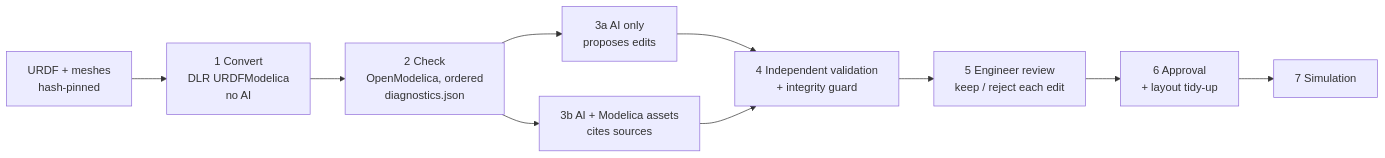
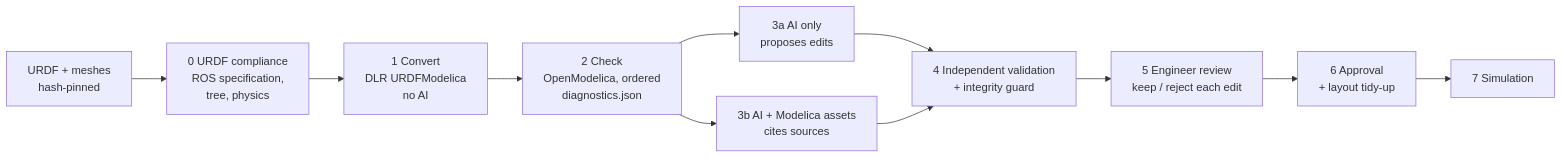
Before and after one commit to opedoussaut/urdf-to-modelica: the diagram in presentations/repair-pipeline/slides.md, drawn with Mermaid. The commit also changed other lines of this file and 9 other files, not shown here.

First line of the commit message:
Stage 0: URDF compliance with the ROS wiki specification, tree rule and physical plausibility; conversion refused on errors; SolidWorks exporter recommended

````diff
--- a/presentations/repair-pipeline/slides.md
+++ b/presentations/repair-pipeline/slides.md
@@ -168,12 +168,13 @@
 ```mermaid {scale: 0.72}
 flowchart LR
-  A[URDF + meshes<br/>hash-pinned] --> B[1 Convert<br/>DLR URDFModelica<br/>no AI]
+  A[URDF + meshes<br/>hash-pinned] --> Z[0 URDF compliance<br/>ROS specification,<br/>tree, physics]
+  Z --> B[1 Convert<br/>DLR URDFModelica<br/>no AI]
   B --> C[2 Check<br/>OpenModelica, ordered<br/>diagnostics.json]
   C --> D1[3a AI only<br/>proposes edits]
   C --> D2[3b AI + Modelica assets<br/>cites sources]
   D1 --> E[4 Independent validation<br/>+ integrity guard]
   D2 --> E
   E --> F[5 Engineer review<br/>keep / reject each edit]
   F --> G[6 Approval<br/>+ layout tidy-up]
   G --> H[7 Simulation]
 ```
````
